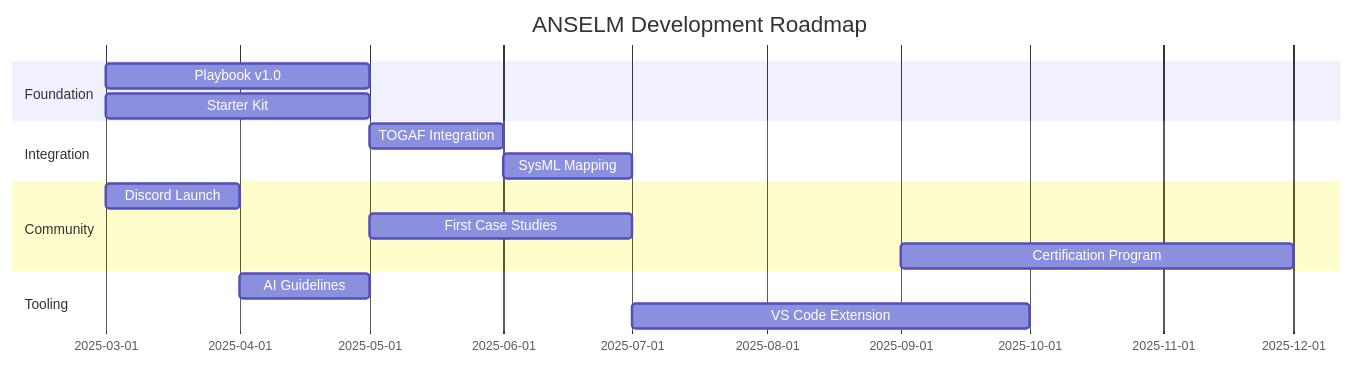
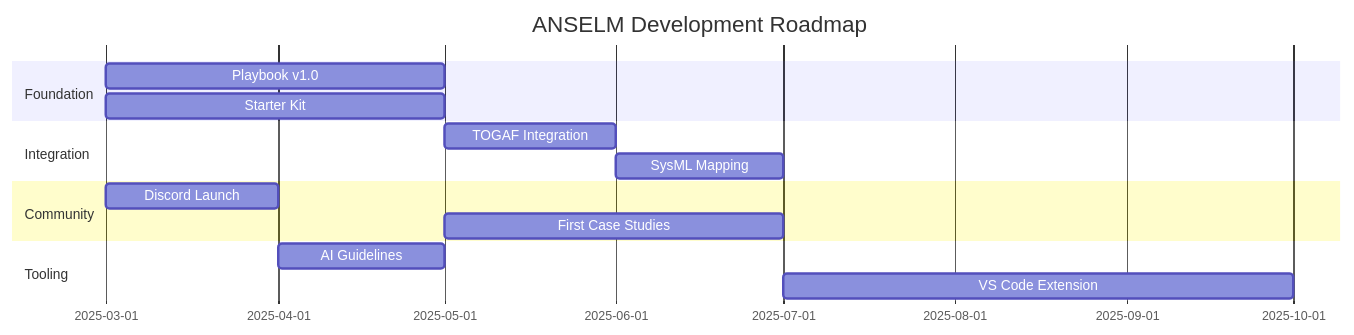
The diagram in case-studies/regulatory-dms/knowledge-packets/recommendations.md (anselm-systems-engineering/anselm-playboook), drawn with Mermaid before and after one commit. The commit also changed other lines of this file and 1 other file, not shown here.

````diff
--- a/case-studies/regulatory-dms/knowledge-packets/recommendations.md
+++ b/case-studies/regulatory-dms/knowledge-packets/recommendations.md
@@ -201,18 +200,17 @@
 ```mermaid
 gantt
     title ANSELM Development Roadmap
     dateFormat  YYYY-MM
     section Foundation
     Playbook v1.0           :a1, 2025-03, 2M
     Starter Kit             :a2, 2025-03, 2M
     section Integration
     TOGAF Integration       :b1, 2025-05, 1M
     SysML Mapping           :b2, 2025-06, 1M
     section Community
     Discord Launch          :c1, 2025-03, 1M
     First Case Studies      :c2, 2025-05, 2M
-    Certification Program   :c3, 2025-09, 3M
     section Tooling
     AI Guidelines           :d1, 2025-04, 1M
     VS Code Extension       :d2, 2025-07, 3M
 ```
````
